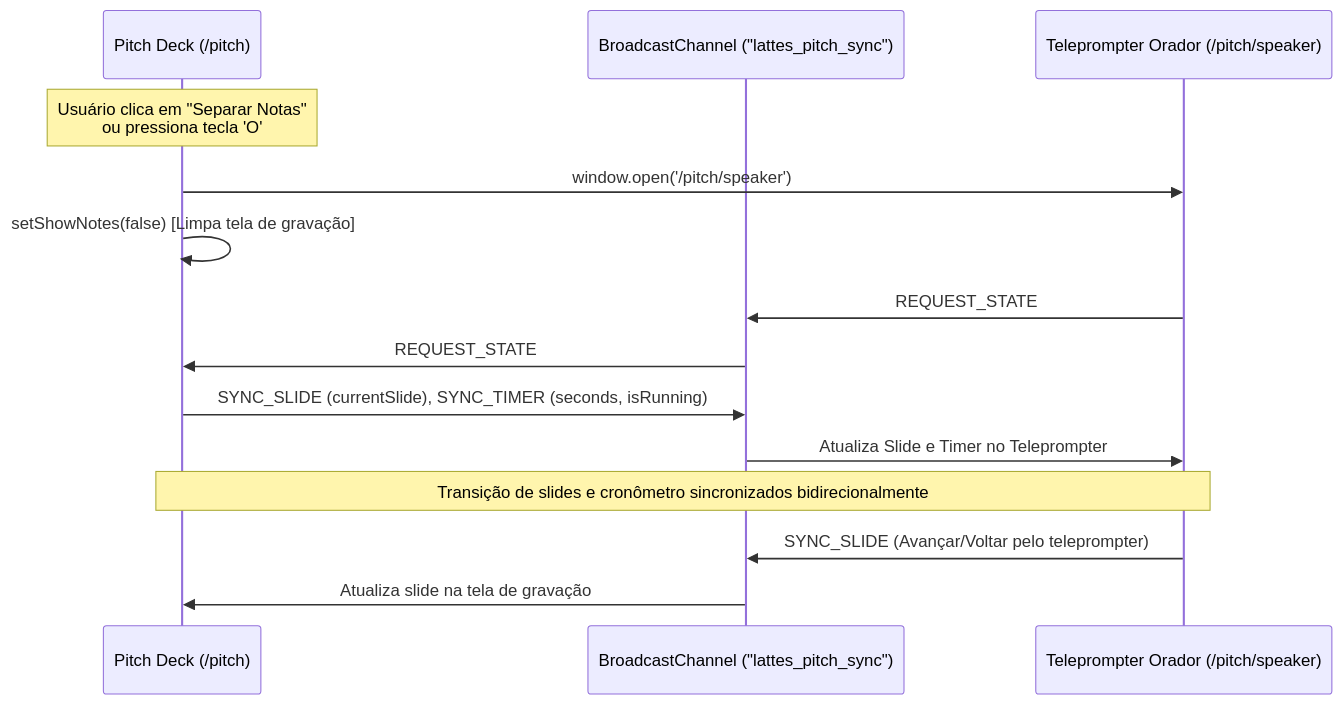
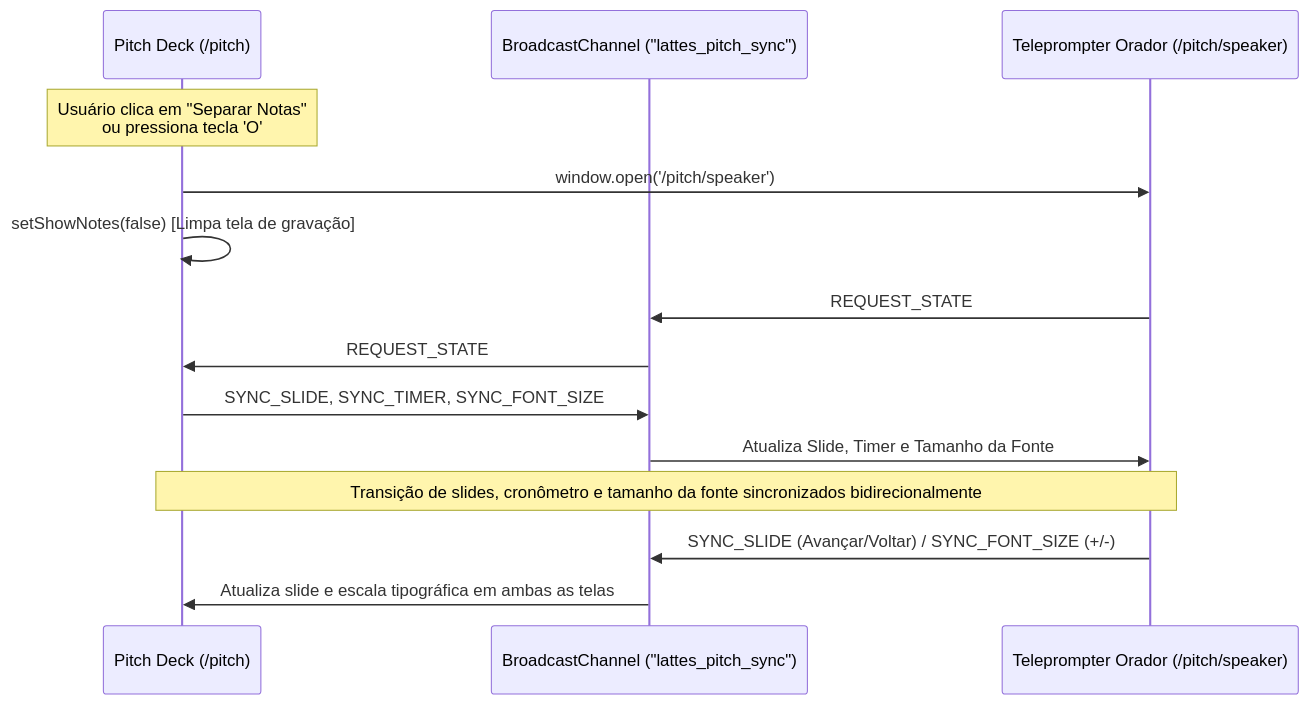
The diagram in doc/PITCH_SPEAKER_RECORDING_MODE.md (alexmsza/LattesChain), drawn with Mermaid before and after one commit. The commit also changed other lines of this file and 4 other files, not shown here.

````diff
--- a/doc/PITCH_SPEAKER_RECORDING_MODE.md
+++ b/doc/PITCH_SPEAKER_RECORDING_MODE.md
@@ -12,18 +12,18 @@
 ```mermaid
 sequenceDiagram
     participant P as Pitch Deck (/pitch)
     participant BC as BroadcastChannel ("lattes_pitch_sync")
     participant S as Teleprompter Orador (/pitch/speaker)
 
     Note over P: Usuário clica em "Separar Notas"<br/>ou pressiona tecla 'O'
     P->>S: window.open('/pitch/speaker')
     P->>P: setShowNotes(false) [Limpa tela de gravação]
     S->>BC: REQUEST_STATE
     BC->>P: REQUEST_STATE
-    P->>BC: SYNC_SLIDE (currentSlide), SYNC_TIMER (seconds, isRunning)
-    BC->>S: Atualiza Slide e Timer no Teleprompter
+    P->>BC: SYNC_SLIDE, SYNC_TIMER, SYNC_FONT_SIZE
+    BC->>S: Atualiza Slide, Timer e Tamanho da Fonte
 
-    Note over P,S: Transição de slides e cronômetro sincronizados bidirecionalmente
-    S->>BC: SYNC_SLIDE (Avançar/Voltar pelo teleprompter)
-    BC->>P: Atualiza slide na tela de gravação
+    Note over P,S: Transição de slides, cronômetro e tamanho da fonte sincronizados bidirecionalmente
+    S->>BC: SYNC_SLIDE (Avançar/Voltar) / SYNC_FONT_SIZE (+/-)
+    BC->>P: Atualiza slide e escala tipográfica em ambas as telas
 ```
````
